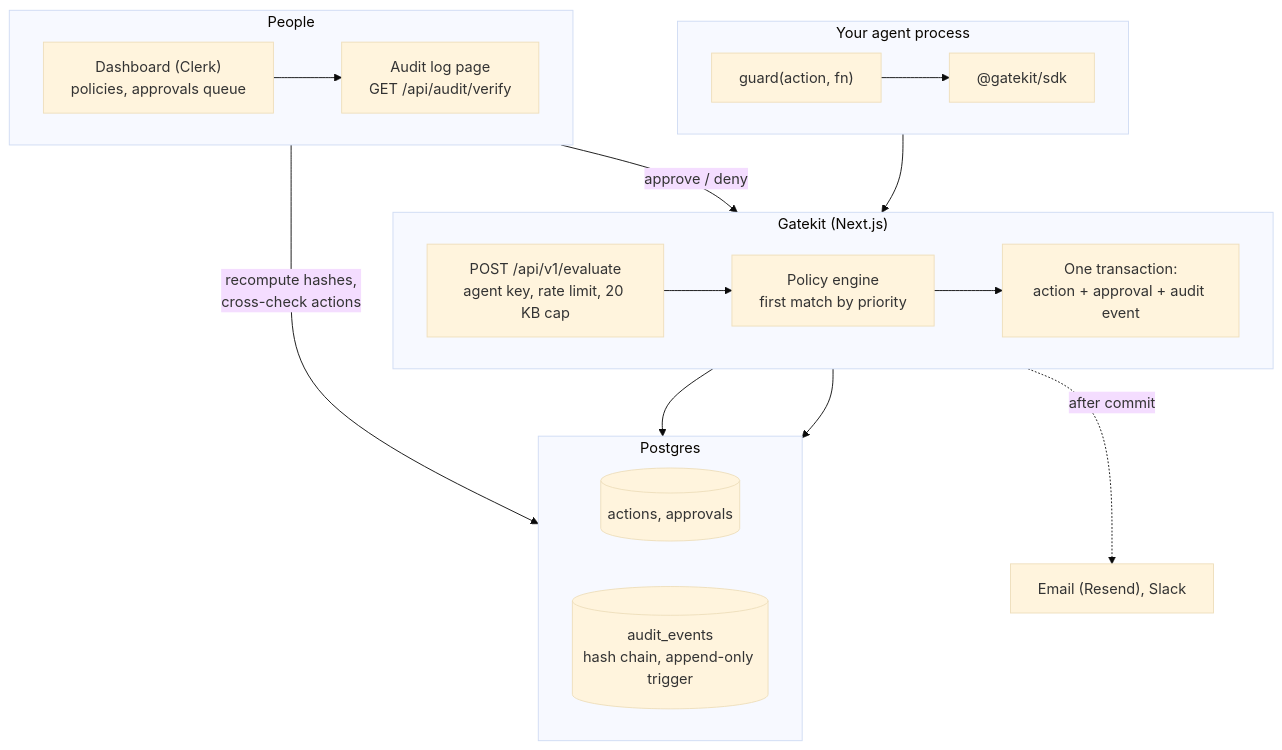
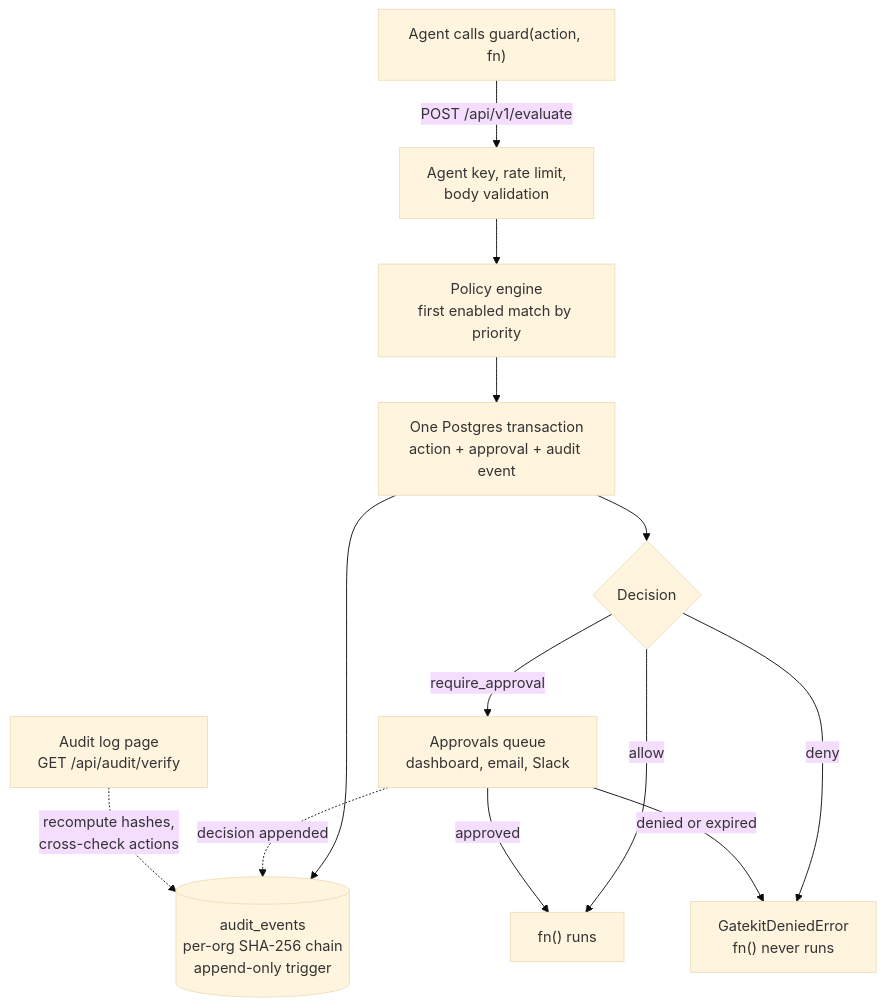
One commit to taranggoyal70/gatekit changed the diagram in README.md. Above: the diagram before and after it, drawn with Mermaid (base theme).

Commit message:
Simplify the README architecture diagram
GitHub's Mermaid renderer ignores subgraph directions when edges cross subgraphs, which made the old diagram tall and tangled. The new one is a single top-down decision flow.

````diff
--- a/README.md
+++ b/README.md
@@ -153,27 +153,15 @@
 ```mermaid
 flowchart TB
-  subgraph agent ["Your agent process"]
-    direction LR
-    A["guard(action, fn)"] --> SDK["@gatekit/sdk"]
-  end
-  subgraph gatekit ["Gatekit (Next.js)"]
-    direction LR
-    API["POST /api/v1/evaluate<br/>agent key, rate limit, 20 KB cap"] --> ENG["Policy engine<br/>first match by priority"]
-    ENG --> TX["One transaction:<br/>action + approval + audit event"]
-  end
-  subgraph store ["Postgres"]
-    direction LR
-    ACT[("actions, approvals")]
-    AUD[("audit_events<br/>hash chain, append-only trigger")]
-  end
-  subgraph humans ["People"]
-    direction LR
-    DASH["Dashboard (Clerk)<br/>policies, approvals queue"] --> VER["Audit log page<br/>GET /api/audit/verify"]
-  end
-  SDK --> API
-  TX --> ACT
-  TX --> AUD
-  TX -. "after commit" .-> NOTE["Email (Resend), Slack"]
-  DASH -- "approve / deny" --> TX
-  VER -- "recompute hashes,<br/>cross-check actions" --> AUD
+  AG["Agent calls guard(action, fn)"] -- "POST /api/v1/evaluate" --> API["Agent key, rate limit,<br/>body validation"]
+  API --> ENG["Policy engine<br/>first enabled match by priority"]
+  ENG --> TX["One Postgres transaction<br/>action + approval + audit event"]
+  TX --> CHAIN[("audit_events<br/>per-org SHA-256 chain<br/>append-only trigger")]
+  TX --> D{"Decision"}
+  D -- allow --> RUN["fn() runs"]
+  D -- deny --> STOP["GatekitDeniedError<br/>fn() never runs"]
+  D -- require_approval --> Q["Approvals queue<br/>dashboard, email, Slack"]
+  Q -- approved --> RUN
+  Q -- "denied or expired" --> STOP
+  Q -. "decision appended" .-> CHAIN
+  VER["Audit log page<br/>GET /api/audit/verify"] -. "recompute hashes,<br/>cross-check actions" .-> CHAIN
 ```
````
